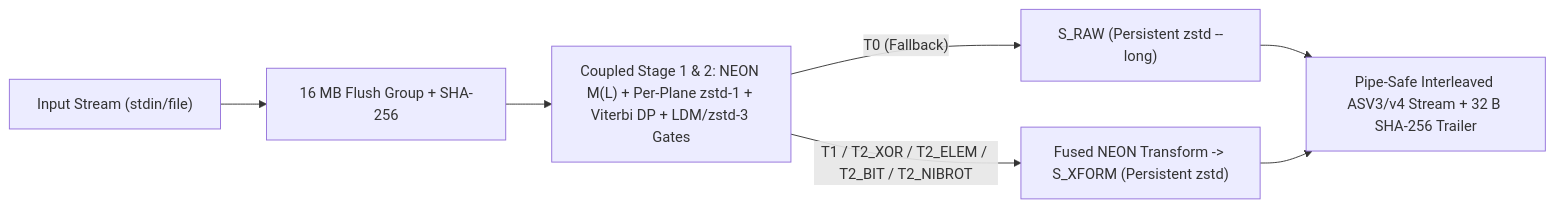
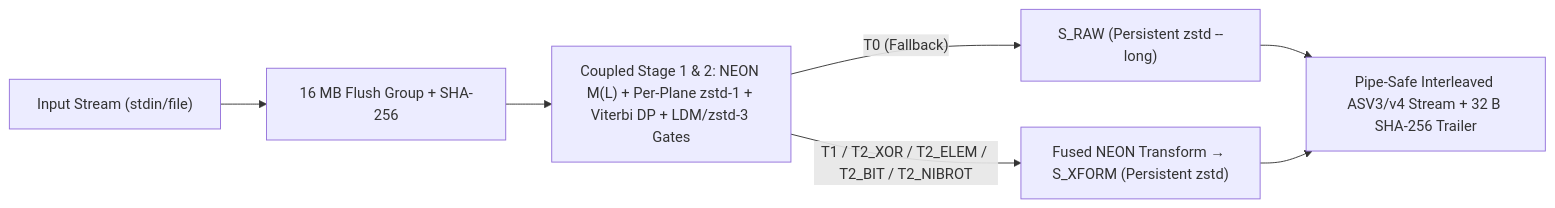
Before and after one commit to austinjohnathand-code/asv4-compression: the diagram in README.md, drawn with Mermaid. The commit also changed other lines of this file and 4 other files, not shown here.

Commit message:
Polish v4.1 release: Mermaid escaping, top-level Makefile, and real corpus downloader

````diff
--- a/README.md
+++ b/README.md
@@ -16,9 +16,9 @@
 ```mermaid
 flowchart LR
     IN["Input Stream (stdin/file)"] --> FG["16 MB Flush Group + SHA-256"]
     FG --> SEG["Coupled Stage 1 & 2: NEON M(L) + Per-Plane zstd-1 + Viterbi DP + LDM/zstd-3 Gates"]
     SEG -->|"T0 (Fallback)"| RAW["S_RAW (Persistent zstd --long)"]
-    SEG -->|"T1 / T2_XOR / T2_ELEM / T2_BIT / T2_NIBROT"| XF["Fused NEON Transform -> S_XFORM (Persistent zstd)"]
+    SEG -->|"T1 / T2_XOR / T2_ELEM / T2_BIT / T2_NIBROT"| XF["Fused NEON Transform → S_XFORM (Persistent zstd)"]
     RAW --> OUT["Pipe-Safe Interleaved ASV3/v4 Stream + 32 B SHA-256 Trailer"]
     XF --> OUT
 ```
````
